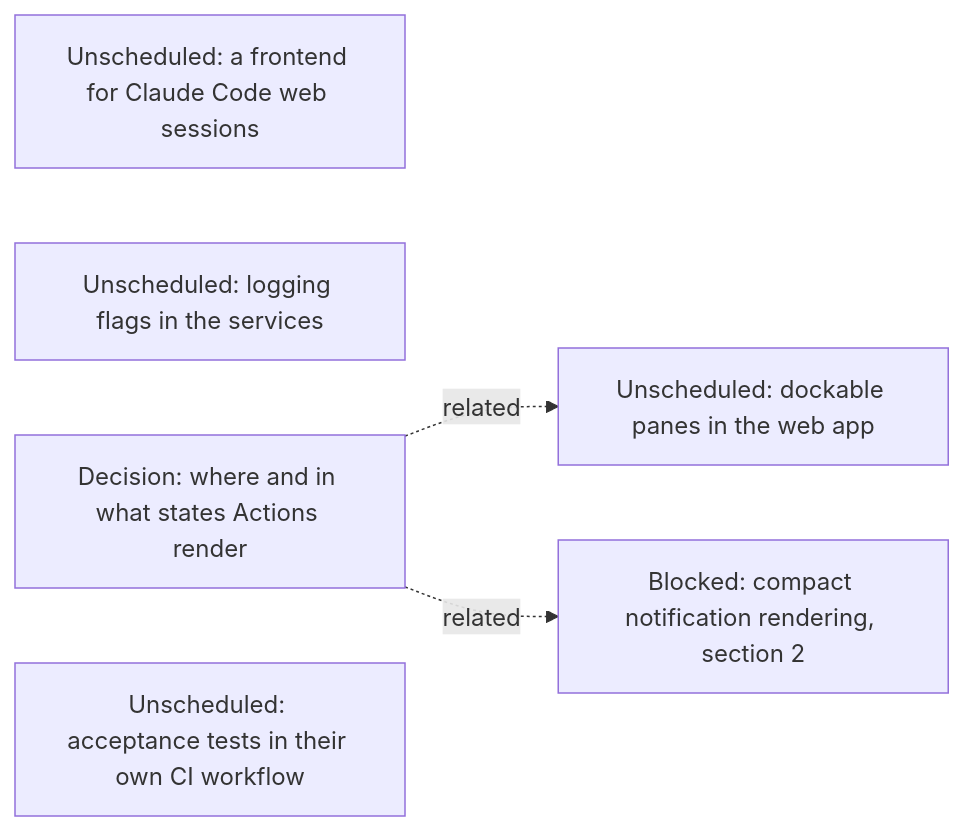
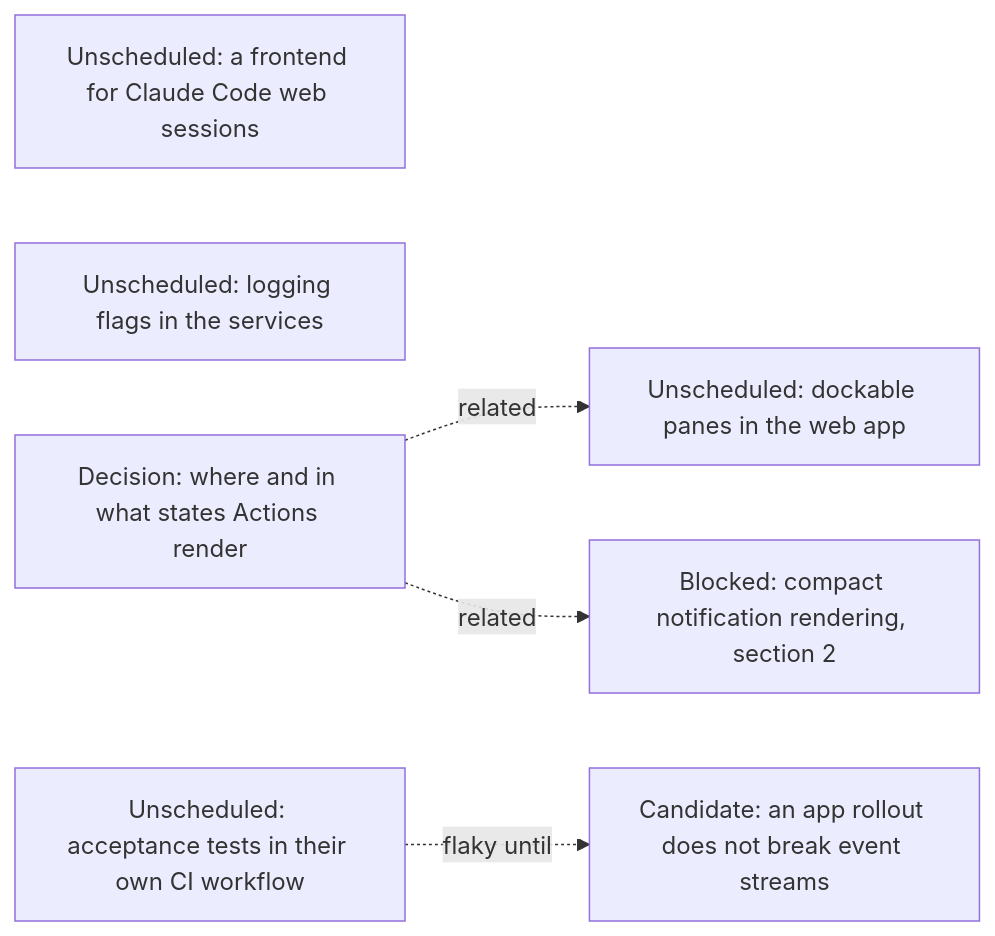
One commit to agentydragon/ducktape changed the seventh of 15 diagrams in agentplane/plans/task_dag.md. Above: the diagram before and after it, drawn with Mermaid. The commit also changed other lines of this file, not shown here.

First line of the commit message:
agentplane/plans: add the app rollout event-stream node

````diff
--- a/agentplane/plans/task_dag.md
+++ b/agentplane/plans/task_dag.md
@@ -483,11 +483,13 @@
 ```mermaid
 flowchart LR
     CLAUDE_CODE_WEB_BRIDGE[Unscheduled: a frontend for Claude Code web sessions]
     SERVICE_LOG_FLAGS[Unscheduled: logging flags in the services]
     ACTION_SURFACES_DESIGN[Decision: where and in what states Actions render]
     ISOLATED_ACCEPTANCE_CI[Unscheduled: acceptance tests in their own CI workflow]
     DOCKABLE_PANES[Unscheduled: dockable panes in the web app]
+    APP_ROLLOUT_STREAMS[Candidate: an app rollout does not break event streams]
+    ISOLATED_ACCEPTANCE_CI -. flaky until .-> APP_ROLLOUT_STREAMS
     ACTION_SURFACES_DESIGN -. related .-> DOCKABLE_PANES
     NOTIFICATION_PRESENTATION[Blocked: compact notification rendering, section 2]
     ACTION_SURFACES_DESIGN -. related .-> NOTIFICATION_PRESENTATION
 ```
````
